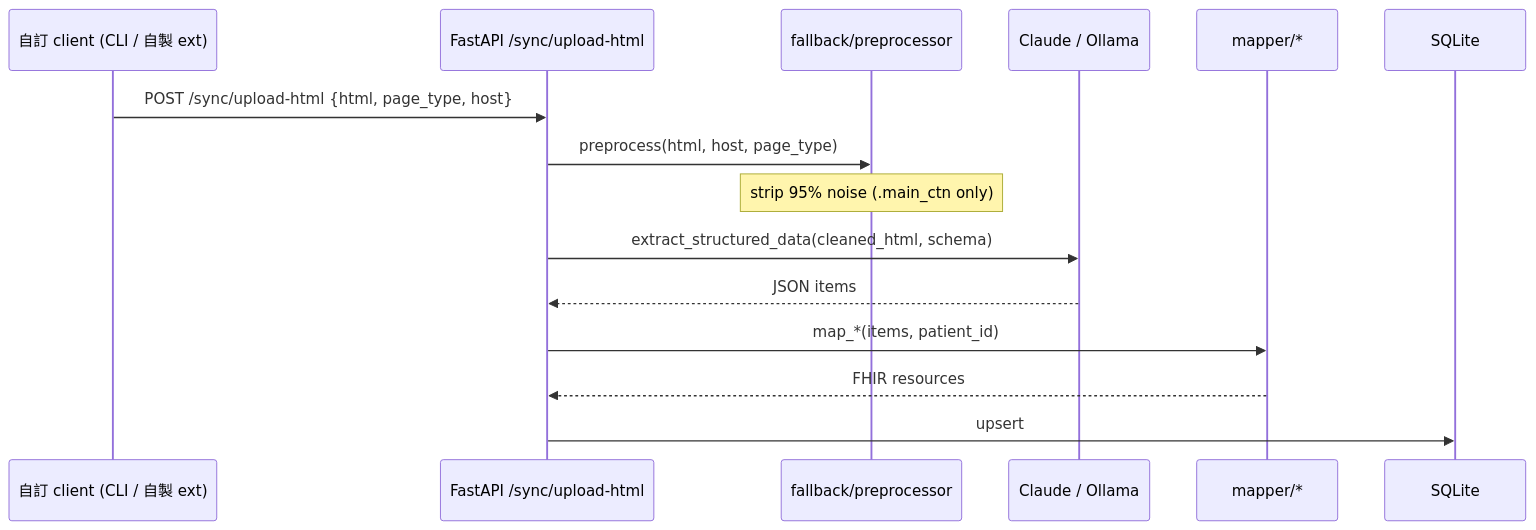
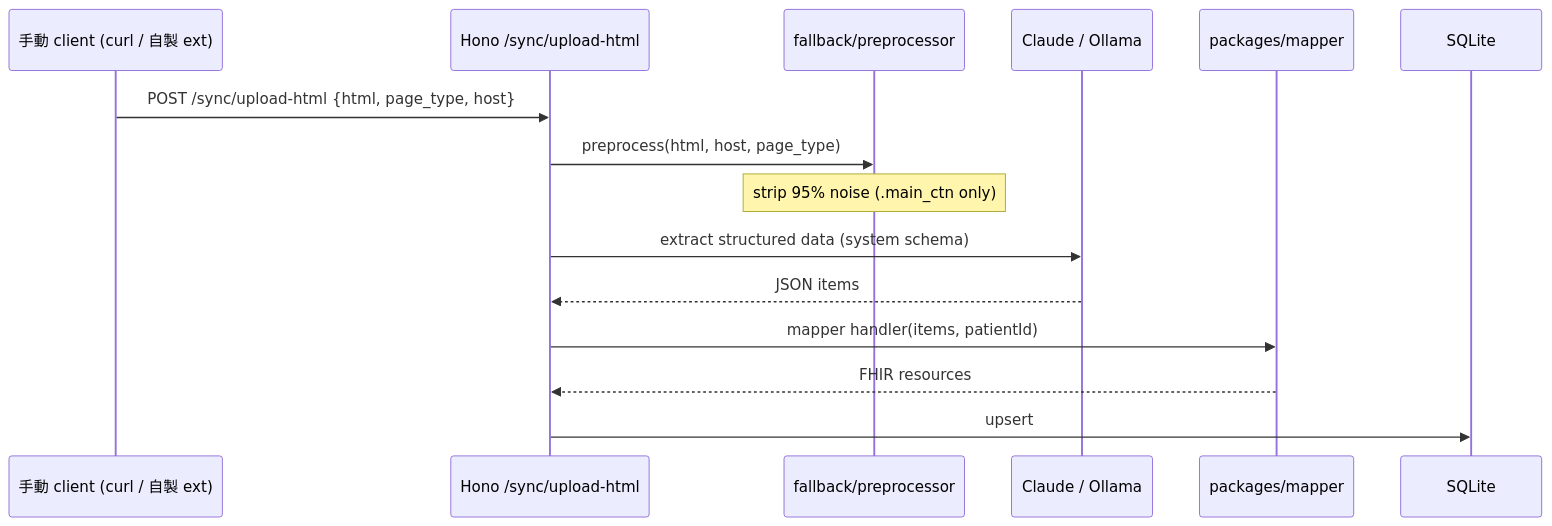
One commit to voho0000/NHI-FHIR-BRIDGE changed the third of 3 diagrams in docs/ARCHITECTURE.md. Above: the diagram before and after it, drawn with Mermaid. The commit also changed other lines of this file and 4 other files, not shown here.

First line of the commit message:
security+docs: Tier 2 hardening — CORS pin, narrow ext perms, full CapabilityStatement, rewrite ARCHITECTURE.md

````diff
--- a/docs/ARCHITECTURE.md
+++ b/docs/ARCHITECTURE.md
@@ -64,18 +112,18 @@
 ```mermaid
 sequenceDiagram
-  participant Caller as 自訂 client (CLI / 自製 ext)
-  participant API as FastAPI /sync/upload-html
+  participant Caller as 手動 client (curl / 自製 ext)
+  participant API as Hono /sync/upload-html
   participant Pre as fallback/preprocessor
   participant LLM as Claude / Ollama
-  participant Map as mapper/*
+  participant Map as packages/mapper
   participant DB as SQLite
 
   Caller->>API: POST /sync/upload-html {html, page_type, host}
   API->>Pre: preprocess(html, host, page_type)
   Note over Pre: strip 95% noise (.main_ctn only)
-  API->>LLM: extract_structured_data(cleaned_html, schema)
+  API->>LLM: extract structured data (system schema)
   LLM-->>API: JSON items
-  API->>Map: map_*(items, patient_id)
+  API->>Map: mapper handler(items, patientId)
   Map-->>API: FHIR resources
   API->>DB: upsert
 ```
````
